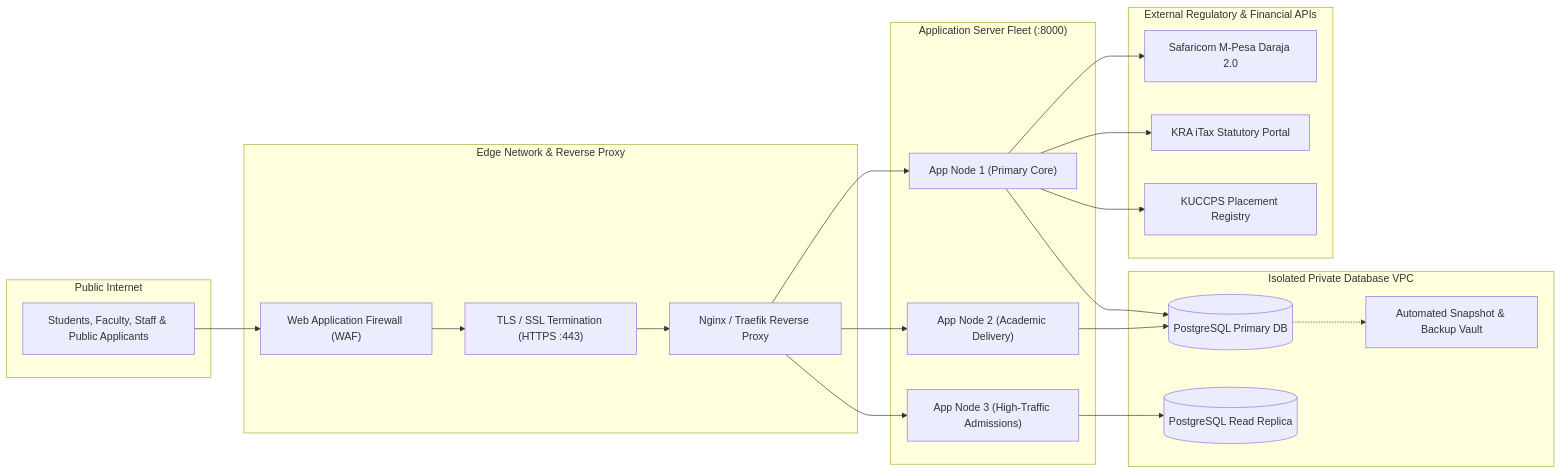
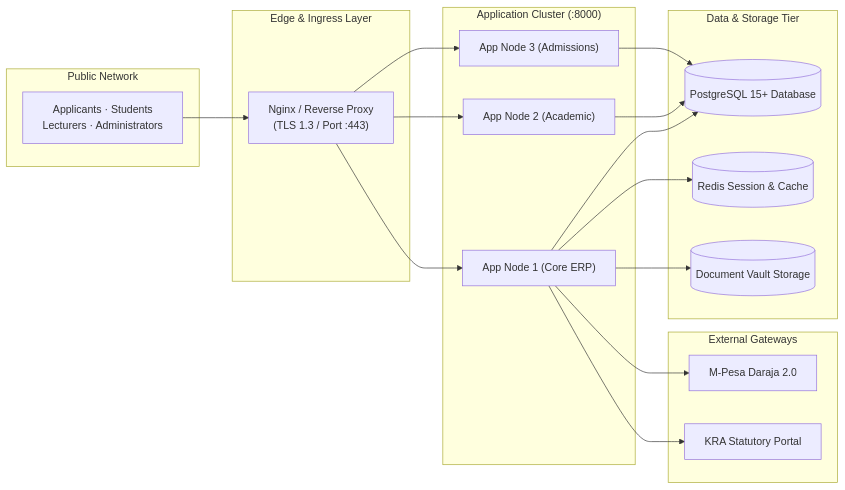
Before and after one commit to Dev-Ouma/memaerp: the second of 4 diagrams in README.md, drawn with Mermaid. The commit also changed other lines of this file, not shown here.

Commit message:
docs: simplify and modernize system landscape, network topology, applicant lifecycle, and load balancer mermaid diagrams in README.md

````diff
--- a/README.md
+++ b/README.md
@@ -87,42 +88,39 @@
 ```mermaid
 graph LR
-    subgraph Public_Internet ["Public Internet"]
-        Users["Students, Faculty, Staff & Public Applicants"]
+    subgraph Public ["Public Network"]
+        Users["Applicants · Students<br/>Lecturers · Administrators"]
     end
 
-    subgraph Edge_DMZ ["Edge Network & Reverse Proxy"]
-        WAF["Web Application Firewall (WAF)"]
-        SSL["TLS / SSL Termination (HTTPS :443)"]
-        Proxy["Nginx / Traefik Reverse Proxy"]
+    subgraph DMZ ["Edge & Ingress Layer"]
+        Proxy["Nginx / Reverse Proxy<br/>(TLS 1.3 / Port :443)"]
     end
 
-    subgraph Cluster_Fleet ["Application Server Fleet (:8000)"]
-        Node1["App Node 1 (Primary Core)"]
-        Node2["App Node 2 (Academic Delivery)"]
-        Node3["App Node 3 (High-Traffic Admissions)"]
+    subgraph Cluster ["Application Cluster (:8000)"]
+        App1["App Node 1 (Core ERP)"]
+        App2["App Node 2 (Academic)"]
+        App3["App Node 3 (Admissions)"]
     end
 
-    subgraph DB_VPC ["Isolated Private Database VPC"]
-        MasterDB[("PostgreSQL Primary DB")]
-        ReplicaDB[("PostgreSQL Read Replica")]
-        Backups["Automated Snapshot & Backup Vault"]
+    subgraph DataTier ["Data & Storage Tier"]
+        Postgres[("PostgreSQL 15+ Database")]
+        RedisStore[("Redis Session & Cache")]
+        S3Storage[("Document Vault Storage")]
     end
 
-    subgraph External_APIs ["External Regulatory & Financial APIs"]
-        MPesa["Safaricom M-Pesa Daraja 2.0"]
-        KRA["KRA iTax Statutory Portal"]
-        KUCCPS["KUCCPS Placement Registry"]
+    subgraph ThirdParty ["External Gateways"]
+        MPesaApi["M-Pesa Daraja 2.0"]
+        KRAApi["KRA Statutory Portal"]
     end
 
-    Users --> WAF --> SSL --> Proxy
-    Proxy --> Node1
-    Proxy --> Node2
-    Proxy --> Node3
-    Node1 --> MasterDB
-    Node2 --> MasterDB
-    Node3 --> ReplicaDB
-    MasterDB -.-> Backups
-    Node1 --> MPesa
-    Node1 --> KRA
-    Node1 --> KUCCPS
+    Users --> Proxy
+    Proxy --> App1
+    Proxy --> App2
+    Proxy --> App3
+    App1 --> Postgres
+    App2 --> Postgres
+    App3 --> Postgres
+    App1 --> RedisStore
+    App1 --> S3Storage
+    App1 --> MPesaApi
+    App1 --> KRAApi
 ```
````
